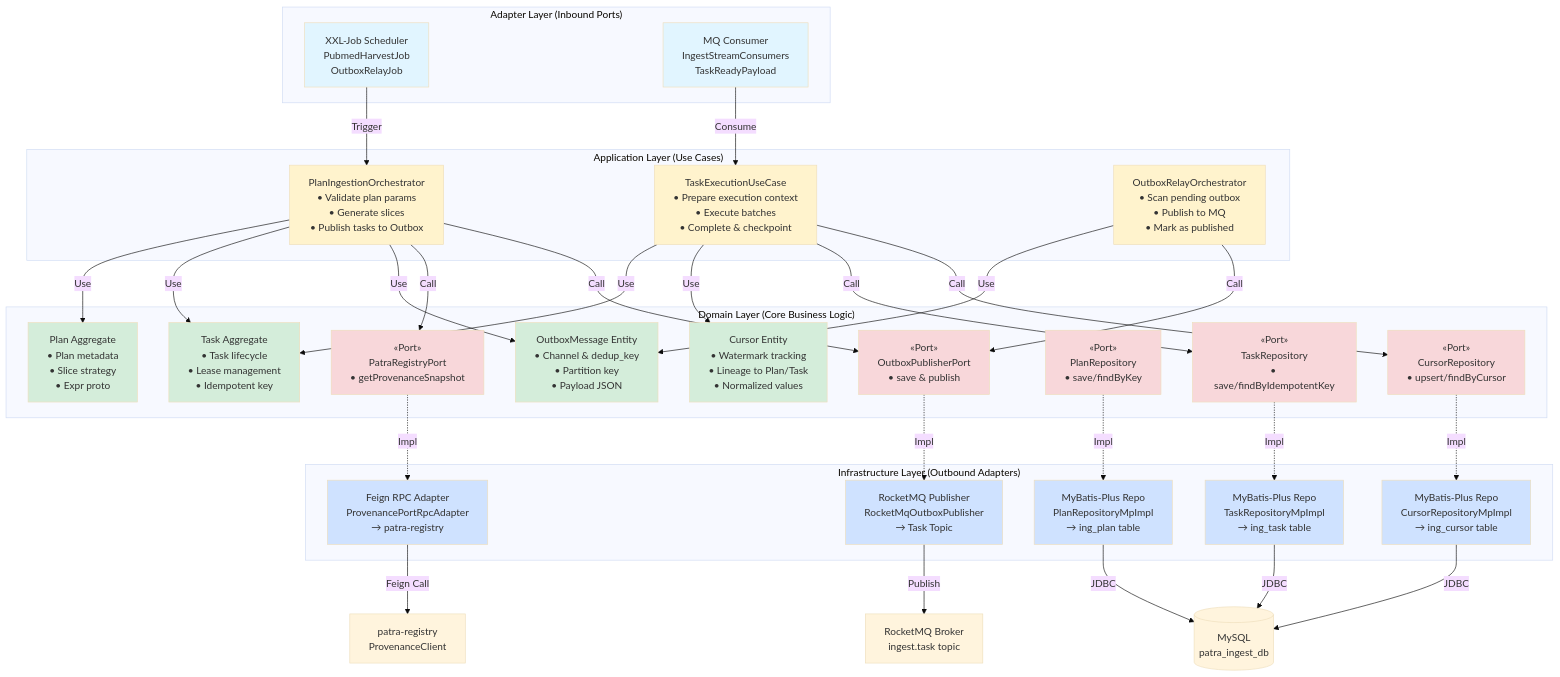
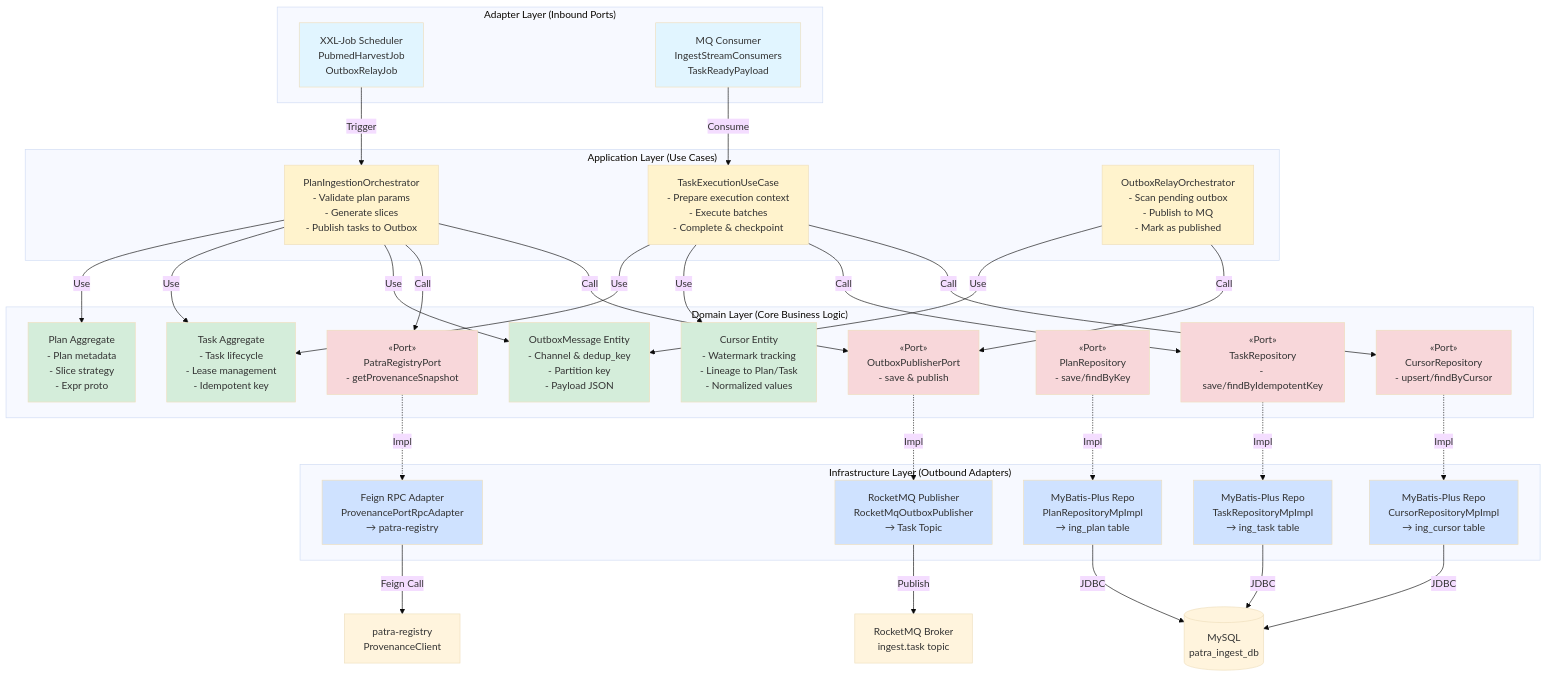
Before and after one commit to linqibin0826/patra: the first of 5 diagrams in patra-api/docs/modules/ingest/architecture-diagram.md, drawn with Mermaid (base theme). The commit also changed other lines of this file and 8 other files, not shown here.

Commit message:
feat: simplify task payload and command structures for Outbox messages

```diff
--- a/patra-api/docs/modules/ingest/architecture-diagram.md
+++ b/patra-api/docs/modules/ingest/architecture-diagram.md
@@ -25,22 +25,22 @@
     end
     
     subgraph "Application Layer (Use Cases)"
-        PlanOrch[PlanIngestionOrchestrator<br/>• Validate plan params<br/>• Generate slices<br/>• Publish tasks to Outbox]
-        ExecOrch[TaskExecutionUseCase<br/>• Prepare execution context<br/>• Execute batches<br/>• Complete & checkpoint]
-        RelayOrch[OutboxRelayOrchestrator<br/>• Scan pending outbox<br/>• Publish to MQ<br/>• Mark as published]
+        PlanOrch[PlanIngestionOrchestrator<br/>- Validate plan params<br/>- Generate slices<br/>- Publish tasks to Outbox]
+        ExecOrch[TaskExecutionUseCase<br/>- Prepare execution context<br/>- Execute batches<br/>- Complete & checkpoint]
+        RelayOrch[OutboxRelayOrchestrator<br/>- Scan pending outbox<br/>- Publish to MQ<br/>- Mark as published]
     end
     
     subgraph "Domain Layer (Core Business Logic)"
-        Plan[Plan Aggregate<br/>• Plan metadata<br/>• Slice strategy<br/>• Expr proto]
-        Task[Task Aggregate<br/>• Task lifecycle<br/>• Lease management<br/>• Idempotent key]
-        Cursor[Cursor Entity<br/>• Watermark tracking<br/>• Lineage to Plan/Task<br/>• Normalized values]
-        Outbox[OutboxMessage Entity<br/>• Channel & dedup_key<br/>• Partition key<br/>• Payload JSON]
+        Plan[Plan Aggregate<br/>- Plan metadata<br/>- Slice strategy<br/>- Expr proto]
+        Task[Task Aggregate<br/>- Task lifecycle<br/>- Lease management<br/>- Idempotent key]
+        Cursor[Cursor Entity<br/>- Watermark tracking<br/>- Lineage to Plan/Task<br/>- Normalized values]
+        Outbox[OutboxMessage Entity<br/>- Channel & dedup_key<br/>- Partition key<br/>- Payload JSON]
         
-        RegistryPort[«Port»<br/>PatraRegistryPort<br/>• getProvenanceSnapshot]
-        OutboxPort[«Port»<br/>OutboxPublisherPort<br/>• save & publish]
-        PlanRepo[«Port»<br/>PlanRepository<br/>• save/findByKey]
-        TaskRepo[«Port»<br/>TaskRepository<br/>• save/findByIdempotentKey]
-        CursorRepo[«Port»<br/>CursorRepository<br/>• upsert/findByCursor]
+        RegistryPort[«Port»<br/>PatraRegistryPort<br/>- getProvenanceSnapshot]
+        OutboxPort[«Port»<br/>OutboxPublisherPort<br/>- save & publish]
+        PlanRepo[«Port»<br/>PlanRepository<br/>- save/findByKey]
+        TaskRepo[«Port»<br/>TaskRepository<br/>- save/findByIdempotentKey]
+        CursorRepo[«Port»<br/>CursorRepository<br/>- upsert/findByCursor]
     end
     
     subgraph "Infrastructure Layer (Outbound Adapters)"
```
